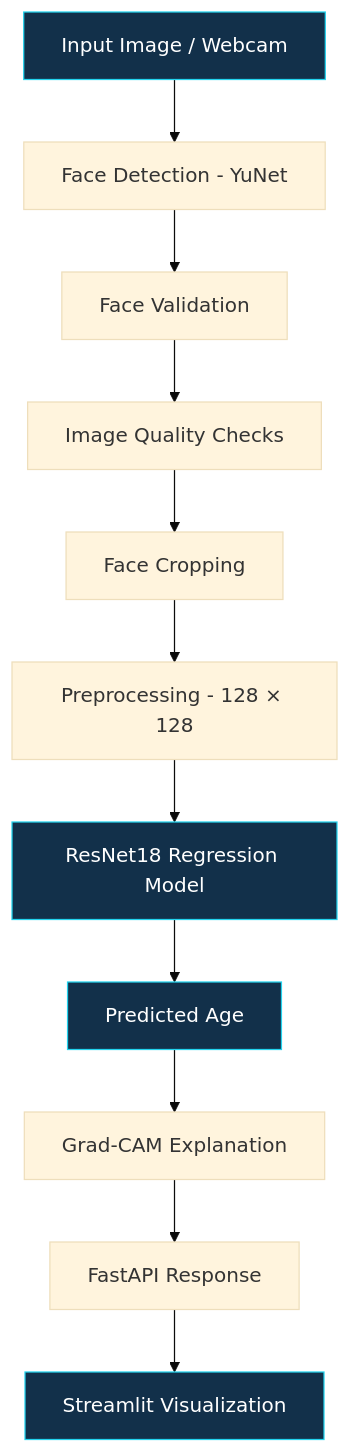
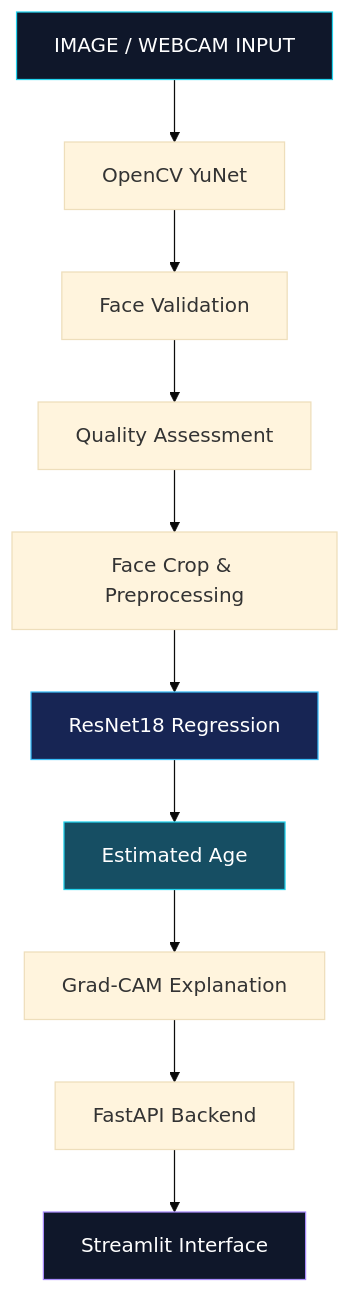
One commit to SamPunithaRajD/VerifiAge changed the diagram in README.md. Above: the diagram before and after it, drawn with Mermaid (base theme). The commit also changed other lines of this file, not shown here.

````diff
--- a/README.md
+++ b/README.md
@@ -59,18 +88,17 @@
 ```mermaid
 flowchart TD
-    A["Input Image / Webcam"] --> B["Face Detection - YuNet"]
+    A["IMAGE / WEBCAM INPUT"] --> B["OpenCV YuNet"]
     B --> C["Face Validation"]
-    C --> D["Image Quality Checks"]
-    D --> E["Face Cropping"]
-    E --> F["Preprocessing - 128 × 128"]
-    F --> G["ResNet18 Regression Model"]
-    G --> H["Predicted Age"]
-    H --> I["Grad-CAM Explanation"]
-    I --> J["FastAPI Response"]
-    J --> K["Streamlit Visualization"]
+    C --> D["Quality Assessment"]
+    D --> E["Face Crop & Preprocessing"]
+    E --> F["ResNet18 Regression"]
+    F --> G["Estimated Age"]
+    G --> H["Grad-CAM Explanation"]
+    H --> I["FastAPI Backend"]
+    I --> J["Streamlit Interface"]
 
-    style A fill:#12304A,stroke:#22D3EE,color:#FFFFFF
-    style G fill:#12304A,stroke:#22D3EE,color:#FFFFFF
-    style H fill:#12304A,stroke:#22D3EE,color:#FFFFFF
-    style K fill:#12304A,stroke:#22D3EE,color:#FFFFFF
+    style A fill:#0F172A,stroke:#22D3EE,color:#FFFFFF
+    style F fill:#172554,stroke:#38BDF8,color:#FFFFFF
+    style G fill:#164E63,stroke:#22D3EE,color:#FFFFFF
+    style J fill:#0F172A,stroke:#A78BFA,color:#FFFFFF
 ```
````
